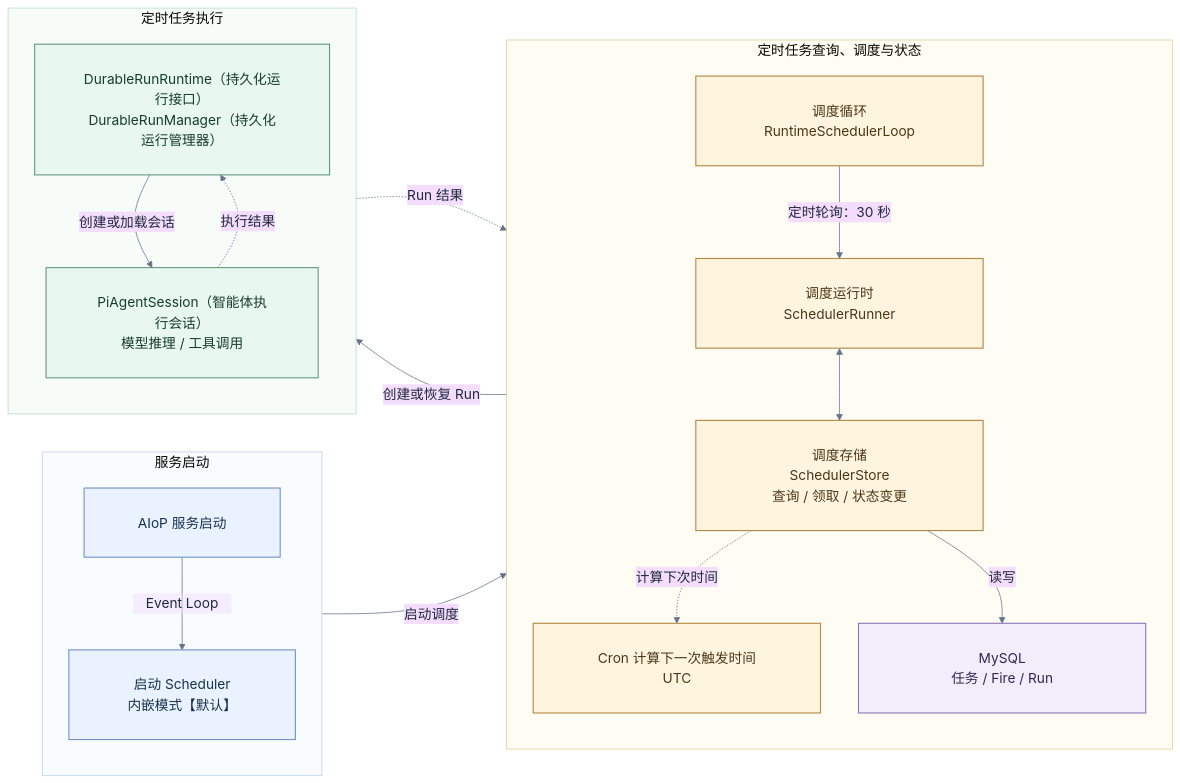
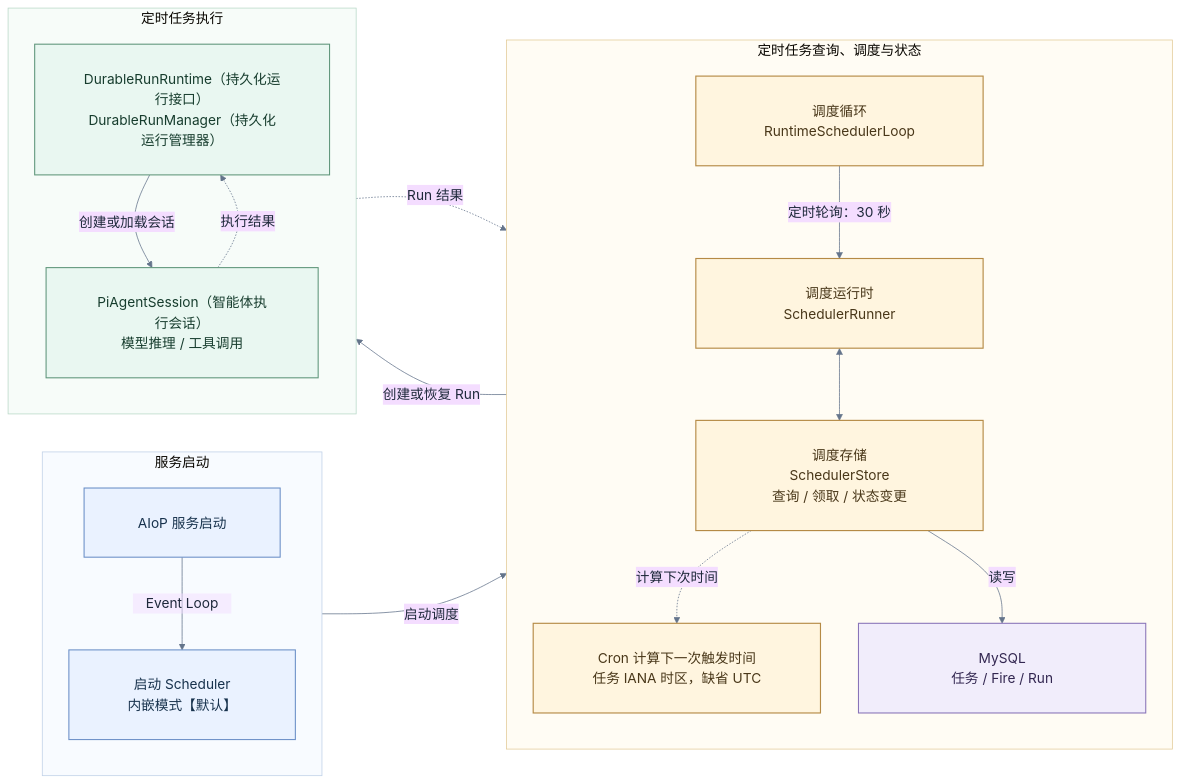
One commit to Wpxknight/agentdemo changed the first of 4 diagrams in docs/design/08-scheduler.md. Above: the diagram before and after it, drawn with Mermaid. The commit also changed other lines of this file and 55 other files, not shown here.

````diff
--- a/docs/design/08-scheduler.md
+++ b/docs/design/08-scheduler.md
@@ -46,50 +48,50 @@
 ```mermaid
 %%{init: {"theme":"base","flowchart":{"curve":"basis","nodeSpacing":50,"rankSpacing":70,"padding":32,"htmlLabels":true},"themeVariables":{"fontFamily":"Inter, PingFang SC, Microsoft YaHei, sans-serif","fontSize":"18px","lineColor":"#64748b","primaryTextColor":"#1e293b","clusterBkg":"#ffffff","clusterBorder":"#cbd5e1"}}}%%
 flowchart LR
     subgraph Bootstrap[服务启动]
         direction TB
         Entry["<div style='width:130px'>AIoP 服务启动</div>"]
         Assembly["<div style='width:170px'>启动 Scheduler<br>内嵌模式【默认】</div>"]
         Entry -->| <div style='width:130px'>Event Loop</div> | Assembly
     end
 
     subgraph Scheduler[定时任务查询、调度与状态]
         direction TB
         Loop["<div style='width:250px'>调度循环<br>RuntimeSchedulerLoop</div>"]
         Runner["<div style='width:250px'>调度运行时<br>SchedulerRunner</div>"]
         SStore["<div style='width:250px'>调度存储<br>SchedulerStore<br>查询 / 领取 / 状态变更</div>"]
-        Cron["<div style='width:250px'>Cron 计算下一次触发时间<br>UTC</div>"]
+        Cron["<div style='width:250px'>Cron 计算下一次触发时间<br>任务 IANA 时区，缺省 UTC</div>"]
         MySQL["<div style='width:250px'>MySQL<br>任务 / Fire / Run</div>"]
 
         Loop -->|定时轮询：30 秒| Runner
         Runner <--> SStore
         SStore -.->|计算下次时间| Cron
         SStore -->|读写| MySQL
     end
 
     subgraph Execution[定时任务执行]
         direction TB
         Durable["<div style='width:260px'>DurableRunRuntime（持久化运行接口）<br>DurableRunManager（持久化运行管理器）</div>"]
         Pi["<div style='width:230px'>PiAgentSession（智能体执行会话）<br>模型推理 / 工具调用</div>"]
 
         Durable -->|创建或加载会话| Pi
         Pi -.->|执行结果| Durable
     end
 
     Assembly -->|启动调度| Loop
     Runner -->|创建或恢复 Run| Durable
     Durable -.->|Run 结果| Runner
 
     classDef entry fill:#eaf2ff,stroke:#6b8fc7,color:#17324d,stroke-width:1.4px;
     classDef scheduler fill:#fff5df,stroke:#b58a45,color:#493719,stroke-width:1.5px;
     classDef execution fill:#e9f7f1,stroke:#5f967b,color:#173d2e,stroke-width:1.4px;
     classDef data fill:#f1edfb,stroke:#8974b8,color:#332751,stroke-width:1.4px;
     class Entry,Assembly entry;
     class Loop,Runner,SStore,Cron scheduler;
     class Durable,Pi execution;
     class MySQL data;
 
     style Bootstrap fill:#f8fbff,stroke:#bfd0e7,stroke-width:1px
     style Scheduler fill:#fffcf4,stroke:#e3ca96,stroke-width:1px
     style Execution fill:#f7fcf9,stroke:#b8d8c7,stroke-width:1px
 ```
````
